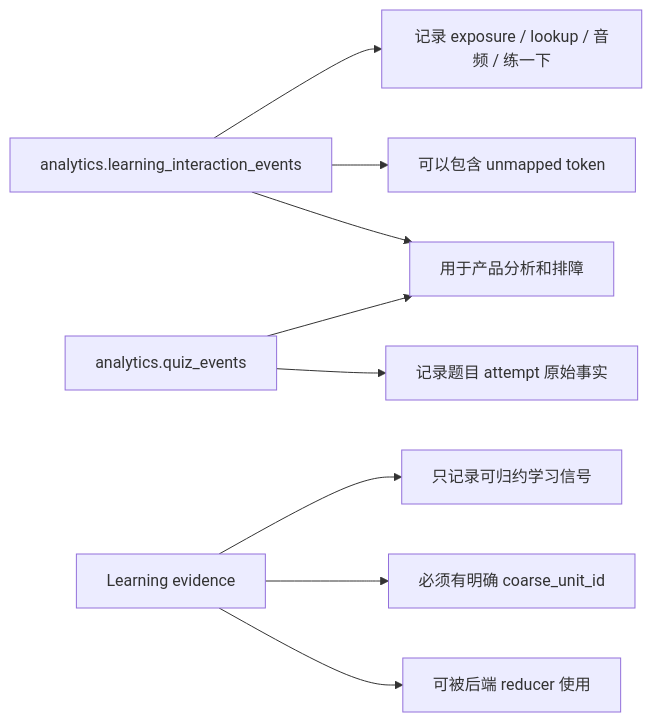
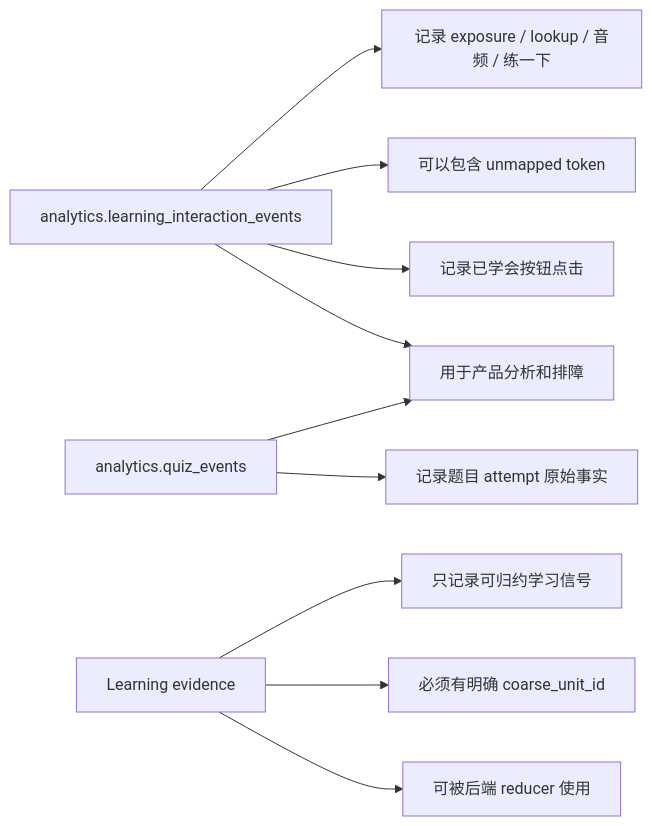
One commit to bionicotaku/learning-video-recommendation-system changed the eighth of 13 diagrams in docs/学习互动信号语义设计.md. Above: the diagram before and after it, drawn with Mermaid. The commit also changed other lines of this file and 12 other files, not shown here.

````diff
--- a/docs/学习互动信号语义设计.md
+++ b/docs/学习互动信号语义设计.md
@@ -381,12 +747,13 @@
 ```mermaid
 flowchart LR
     A["analytics.learning_interaction_events"] --> A1["记录 exposure / lookup / 音频 / 练一下"]
     Q["analytics.quiz_events"] --> Q1["记录题目 attempt 原始事实"]
     A --> A2["可以包含 unmapped token"]
+    A --> A4["记录已学会按钮点击"]
     A --> A3["用于产品分析和排障"]
     Q --> A3
 
     B["Learning evidence"] --> B1["只记录可归约学习信号"]
     B --> B2["必须有明确 coarse_unit_id"]
     B --> B3["可被后端 reducer 使用"]
 ```
````
